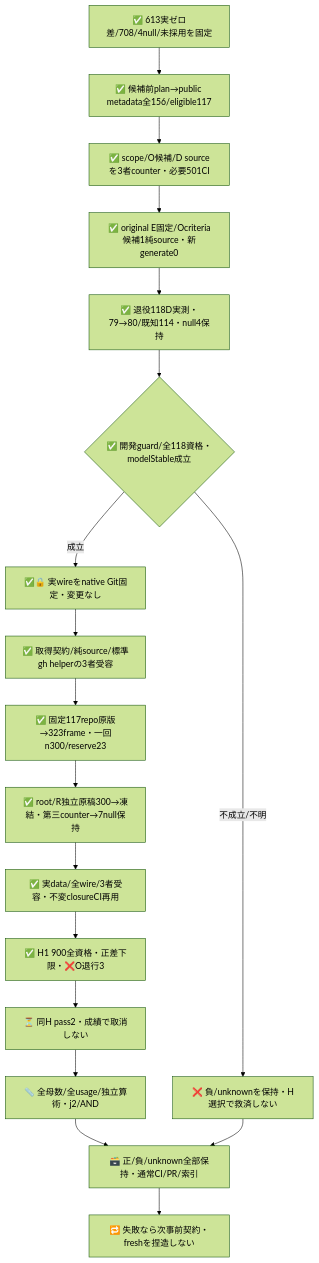
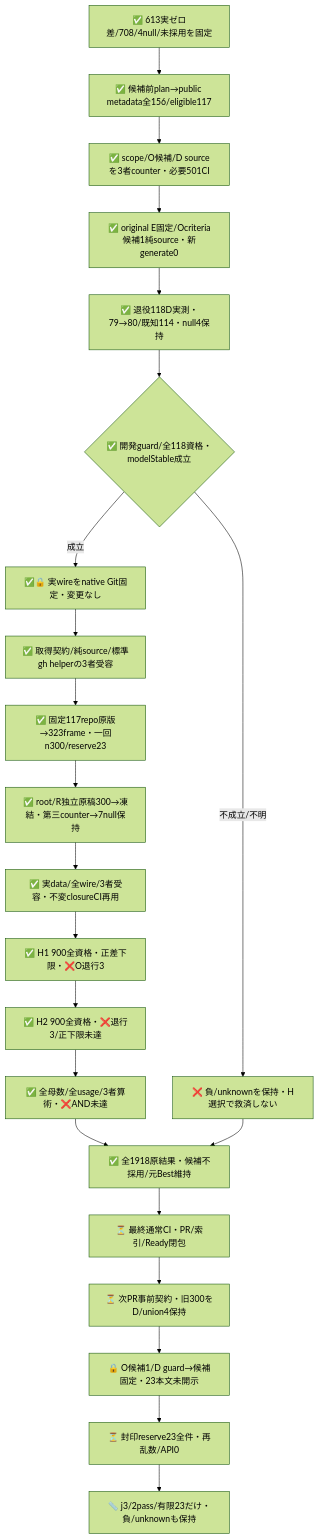
Before and after one commit to roccho-org/ops: the second of 2 diagrams in experiments/sys1-eval-loop/observation/README.md, drawn with Mermaid (forest theme). The commit also changed other lines of this file and 11 other files, not shown here.

````diff
--- a/experiments/sys1-eval-loop/observation/README.md
+++ b/experiments/sys1-eval-loop/observation/README.md
@@ -106,20 +132,24 @@
 ```mermaid
 flowchart TB
   OLD["✅ 613実ゼロ差/708/4null/未採用を固定"] --> META["✅ 候補前plan→public metadata全156/eligible117"]
   META --> REVIEW["✅ scope/O候補/D sourceを3者counter・必要501CI"]
   REVIEW --> C["✅ original E固定/Ocriteria候補1純source・新generate0"]
   C --> D["✅ 退役118D実測・79→80/既知114・null4保持"]
   D --> DG{"✅ 開発guard/全118資格・modelStable成立"}
   DG -->|不成立/不明| NEG["❌ 負/unknownを保持・H選択で救済しない"]
   DG -->|成立| FREEZE["✅🔒 実wireをnative Git固定・変更なし"]
   FREEZE --> CAP["✅ 取得契約/純source/標準gh helperの3者受容"]
   CAP --> FRAME["✅ 固定117repo原版→323frame・一回n300/reserve23"]
   FRAME --> GOLD["✅ root/R独立原稿300→凍結・第三counter→7null保持"]
   GOLD --> SOURCE["✅ 実data/全wire/3者受容・不変closureCI再用"]
   SOURCE --> P1["✅ H1 900全資格・正差下限・❌O退行3"]
-  P1 --> P2["⏳ 同H pass2・成績で取消しない"]
-  P2 --> SCORE["📏 全母数/全usage/独立算術・j2/AND"]
-  SCORE --> END["🗃️ 正/負/unknown全部保持・通常CI/PR/索引"]
+  P1 --> P2["✅ H2 900全資格・❌退行3/正下限未達"]
+  P2 --> SCORE["✅ 全母数/全usage/3者算術・❌AND未達"]
+  SCORE --> END["✅ 全1918原結果・候補不採用/元Best維持"]
   NEG --> END
-  END --> NEXT["🔁 失敗なら次事前契約・freshを捏造しない"]
+  END --> CI["⏳ 最終通常CI・PR/索引/Ready閉包"]
+  CI --> NEXT["⏳ 次PR事前契約・旧300をD/union4保持"]
+  NEXT --> CAND["🔒 O候補1/D guard→候補固定・23本文未開示"]
+  CAND --> RESERVE["⏳ 封印reserve23全件・再乱数/API0"]
+  RESERVE --> FINITE["📏 j3/2pass/有限23だけ・負/unknownも保持"]
 ```
````
